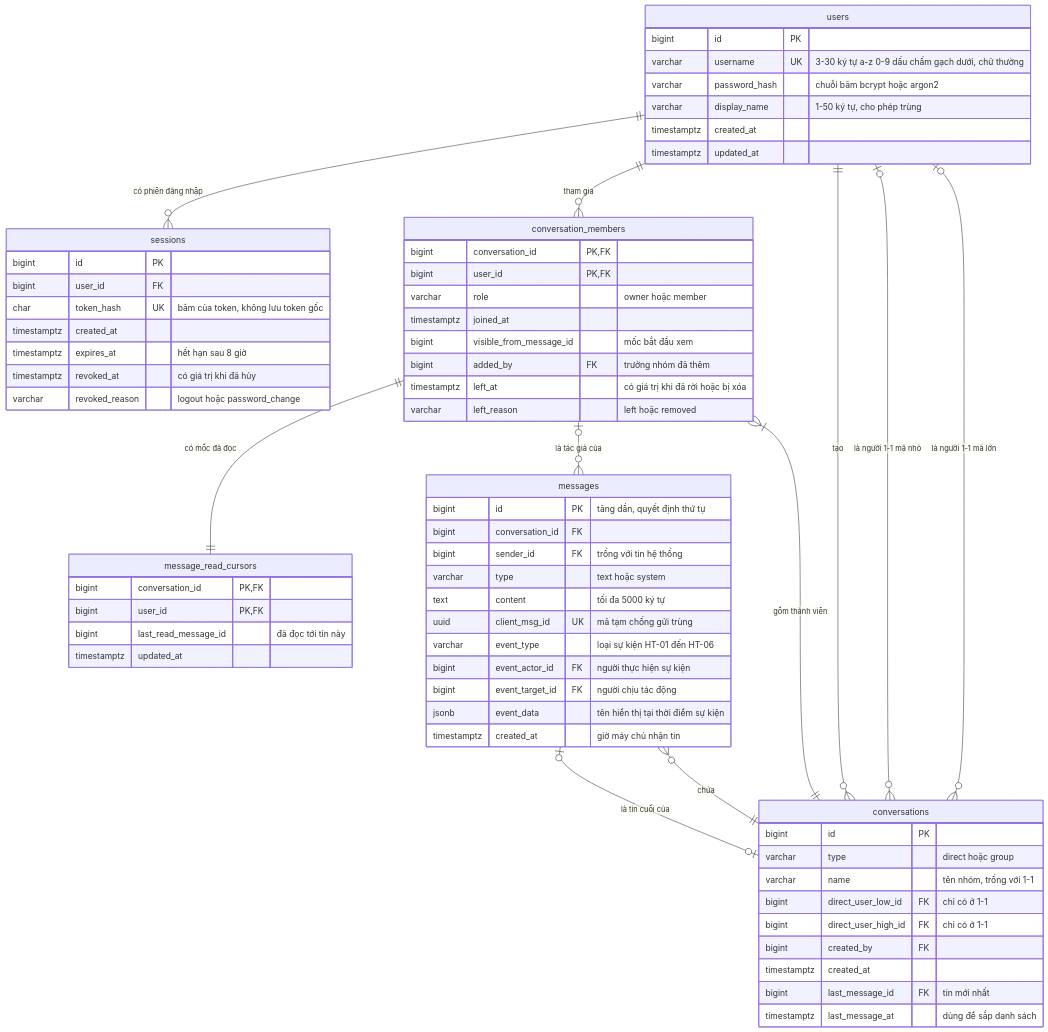
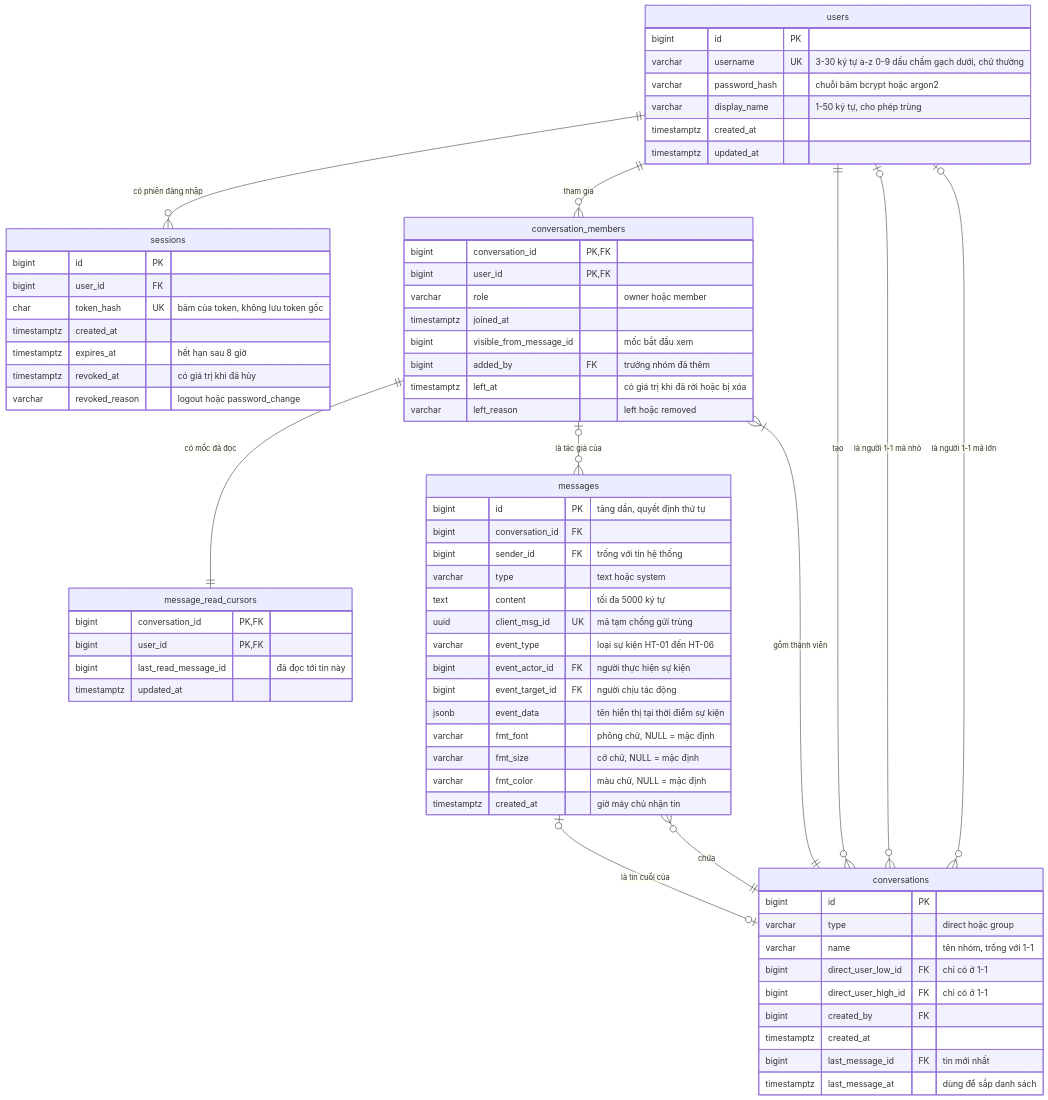
The diagram in 06-erd.md (quangdungnguyen1983/chat-nhom-2), drawn with Mermaid before and after one commit. The commit also changed other lines of this file and 19 other files, not shown here.

First line of the commit message:
Định dạng tin nhắn: chọn phông, cỡ và màu chữ cho từng tin

````diff
--- a/06-erd.md
+++ b/06-erd.md
@@ -75,71 +75,74 @@
 ```mermaid
 erDiagram
     users ||--o{ sessions : "có phiên đăng nhập"
     users ||--o{ conversation_members : "tham gia"
     conversations ||--|{ conversation_members : "gồm thành viên"
     conversation_members ||--|| message_read_cursors : "có mốc đã đọc"
     conversations ||--o{ messages : "chứa"
     conversation_members |o--o{ messages : "là tác giả của"
     users ||--o{ conversations : "tạo"
     users |o--o{ conversations : "là người 1-1 mã nhỏ"
     users |o--o{ conversations : "là người 1-1 mã lớn"
     messages |o--o| conversations : "là tin cuối của"
 
     users {
         bigint id PK
         varchar username UK "3-30 ký tự a-z 0-9 dấu chấm gạch dưới, chữ thường"
         varchar password_hash "chuỗi băm bcrypt hoặc argon2"
         varchar display_name "1-50 ký tự, cho phép trùng"
         timestamptz created_at
         timestamptz updated_at
     }
     sessions {
         bigint id PK
         bigint user_id FK
         char token_hash UK "băm của token, không lưu token gốc"
         timestamptz created_at
         timestamptz expires_at "hết hạn sau 8 giờ"
         timestamptz revoked_at "có giá trị khi đã hủy"
         varchar revoked_reason "logout hoặc password_change"
     }
     conversations {
         bigint id PK
         varchar type "direct hoặc group"
         varchar name "tên nhóm, trống với 1-1"
         bigint direct_user_low_id FK "chỉ có ở 1-1"
         bigint direct_user_high_id FK "chỉ có ở 1-1"
         bigint created_by FK
         timestamptz created_at
         bigint last_message_id FK "tin mới nhất"
         timestamptz last_message_at "dùng để sắp danh sách"
     }
     conversation_members {
         bigint conversation_id PK, FK
         bigint user_id PK, FK
         varchar role "owner hoặc member"
         timestamptz joined_at
         bigint visible_from_message_id "mốc bắt đầu xem"
         bigint added_by FK "trưởng nhóm đã thêm"
         timestamptz left_at "có giá trị khi đã rời hoặc bị xóa"
         varchar left_reason "left hoặc removed"
     }
     messages {
         bigint id PK "tăng dần, quyết định thứ tự"
         bigint conversation_id FK
         bigint sender_id FK "trống với tin hệ thống"
         varchar type "text hoặc system"
         text content "tối đa 5000 ký tự"
         uuid client_msg_id UK "mã tạm chống gửi trùng"
         varchar event_type "loại sự kiện HT-01 đến HT-06"
         bigint event_actor_id FK "người thực hiện sự kiện"
         bigint event_target_id FK "người chịu tác động"
         jsonb event_data "tên hiển thị tại thời điểm sự kiện"
+        varchar fmt_font "phông chữ, NULL = mặc định"
+        varchar fmt_size "cỡ chữ, NULL = mặc định"
+        varchar fmt_color "màu chữ, NULL = mặc định"
         timestamptz created_at "giờ máy chủ nhận tin"
     }
     message_read_cursors {
         bigint conversation_id PK, FK
         bigint user_id PK, FK
         bigint last_read_message_id "đã đọc tới tin này"
         timestamptz updated_at
     }
 ```
````
